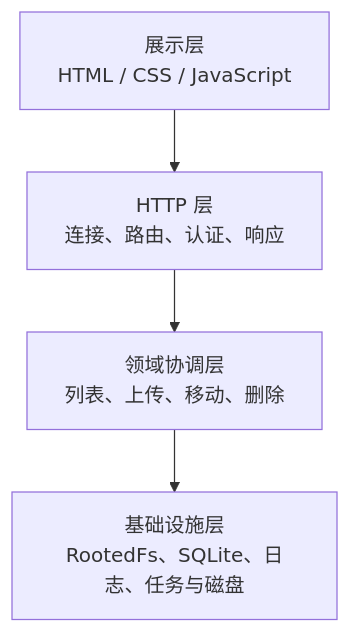
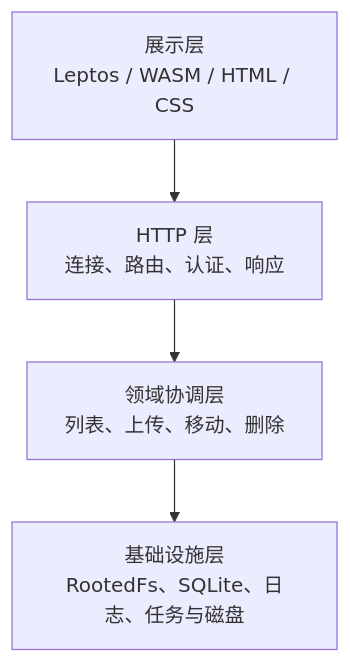
The first of 2 diagrams in docs/beginner-guide/01-project-overview.md (isarmg/xczs), drawn with Mermaid before and after one commit. The commit also changed other lines of this file and 160 other files, not shown here.

````diff
--- a/docs/beginner-guide/01-project-overview.md
+++ b/docs/beginner-guide/01-project-overview.md
@@ -34,10 +34,10 @@
 ```mermaid
 flowchart TB
-    P[展示层<br/>HTML / CSS / JavaScript]
+    P[展示层<br/>Leptos / WASM / HTML / CSS]
     H[HTTP 层<br/>连接、路由、认证、响应]
     D[领域协调层<br/>列表、上传、移动、删除]
     I[基础设施层<br/>RootedFs、SQLite、日志、任务与磁盘]
     P --> H
     H --> D
     D --> I
 ```
````
